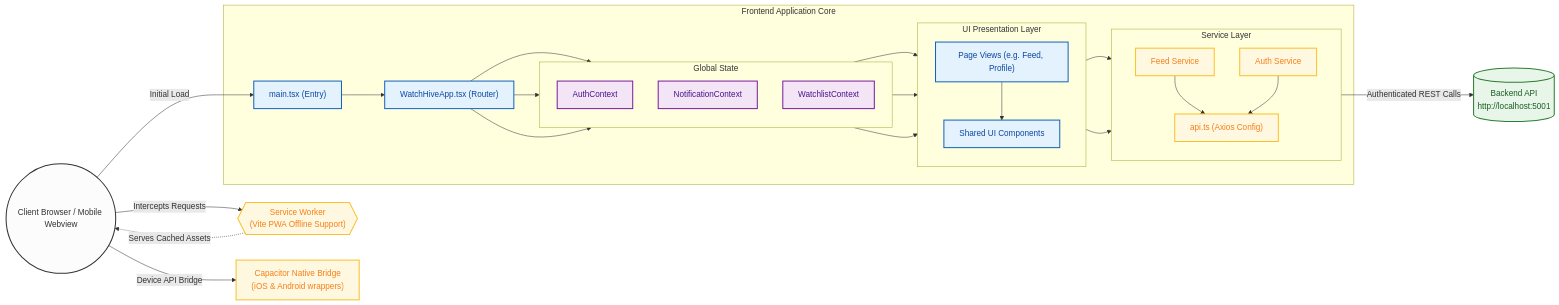
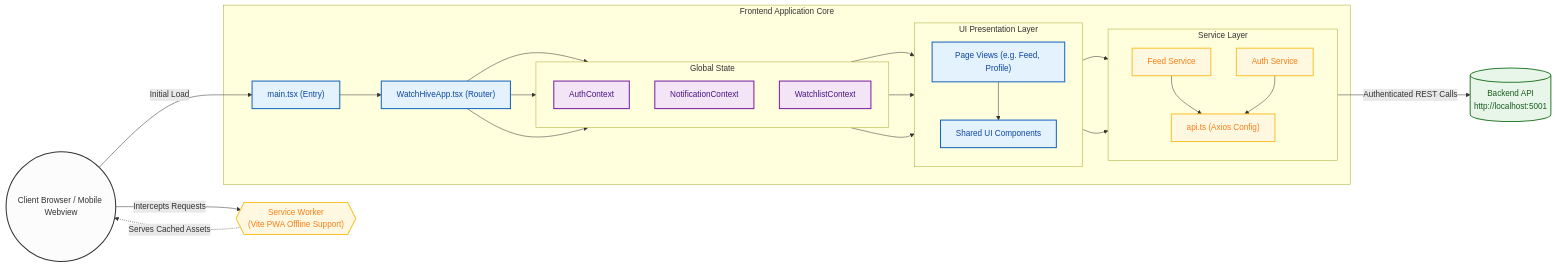
One commit to dasamantaraoaditya/WatchHive-Frontend changed the first of 3 diagrams in architecture.md. Above: the diagram before and after it, drawn with Mermaid. The commit also changed other lines of this file and 89 other files, not shown here.

````diff
--- a/architecture.md
+++ b/architecture.md
@@ -35,68 +34,66 @@
 ```mermaid
 graph LR
     %% Style Definitions for visual clarity
     classDef clientNode fill:#fcfcfc,stroke:#333,stroke-width:2px,color:#333;
     classDef reactNode fill:#e3f2fd,stroke:#1565c0,stroke-width:2px,color:#0d47a1;
     classDef stateNode fill:#f3e5f5,stroke:#7b1fa2,stroke-width:2px,color:#4a148c;
     classDef serviceNode fill:#fff8e1,stroke:#fbc02d,stroke-width:2px,color:#f57f17;
     classDef backendNode fill:#e8f5e9,stroke:#2e7d32,stroke-width:2px,color:#1b5e20;
 
     Client((Client Browser / Mobile Webview)):::clientNode
 
     subgraph "Frontend Application Core"
         Main["main.tsx (Entry)"]:::reactNode
         Router["WatchHiveApp.tsx (Router)"]:::reactNode
         
         subgraph "Global State"
             direction TB
             AuthCtx["AuthContext"]:::stateNode
             NotifCtx["NotificationContext"]:::stateNode
             WatchCtx["WatchlistContext"]:::stateNode
         end
         
         subgraph "UI Presentation Layer"
             direction TB
             Pages["Page Views (e.g. Feed, Profile)"]:::reactNode
             Comps["Shared UI Components"]:::reactNode
         end
 
         subgraph "Service Layer"
             direction TB
             AuthSvc["Auth Service"]:::serviceNode
             FeedSvc["Feed Service"]:::serviceNode
             AxiosClient["api.ts (Axios Config)"]:::serviceNode
         end
     end
 
     Backend[("Backend API<br/>http://localhost:5001")]:::backendNode
     SW{{"Service Worker<br/>(Vite PWA Offline Support)"}}:::serviceNode
-    Cap["Capacitor Native Bridge<br/>(iOS & Android wrappers)"]:::serviceNode
 
     %% Core Data Flow Lines
     Client -->|Initial Load| Main
     Client -->|Intercepts Requests| SW
     SW -.->|Serves Cached Assets| Client
-    Client -->|Device API Bridge| Cap
 
     Main --> Router
     Router --> AuthCtx
     Router --> NotifCtx
     Router --> WatchCtx
 
     AuthCtx & NotifCtx & WatchCtx --> Pages
     Pages --> Comps
     Pages --> FeedSvc
     Pages --> AuthSvc
     
     FeedSvc & AuthSvc --> AxiosClient
     AxiosClient -->|Authenticated REST Calls| Backend
 
     %% Adding Interactive Links
     click Main "src/main.tsx" "Open main.tsx"
     click Router "src/watchhive/WatchHiveApp.tsx" "Open Router Definition"
     click AuthCtx "src/watchhive/contexts/AuthContext.tsx" "Open Auth Context"
     click NotifCtx "src/watchhive/contexts/NotificationContext.tsx" "Open Notification Context"
     click AxiosClient "src/watchhive/services/api.ts" "Open Axios Setup"
     click AuthSvc "src/watchhive/services/authService.ts" "Open Auth Service"
     click FeedSvc "src/watchhive/services/feed.service.ts" "Open Feed Service"
 ```
````
